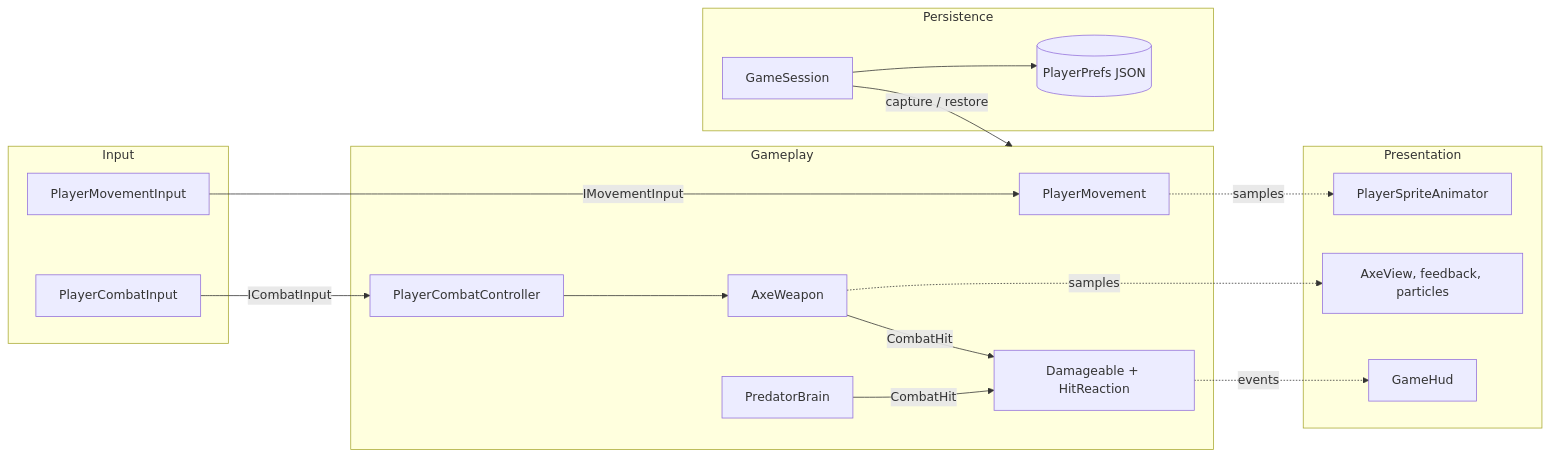
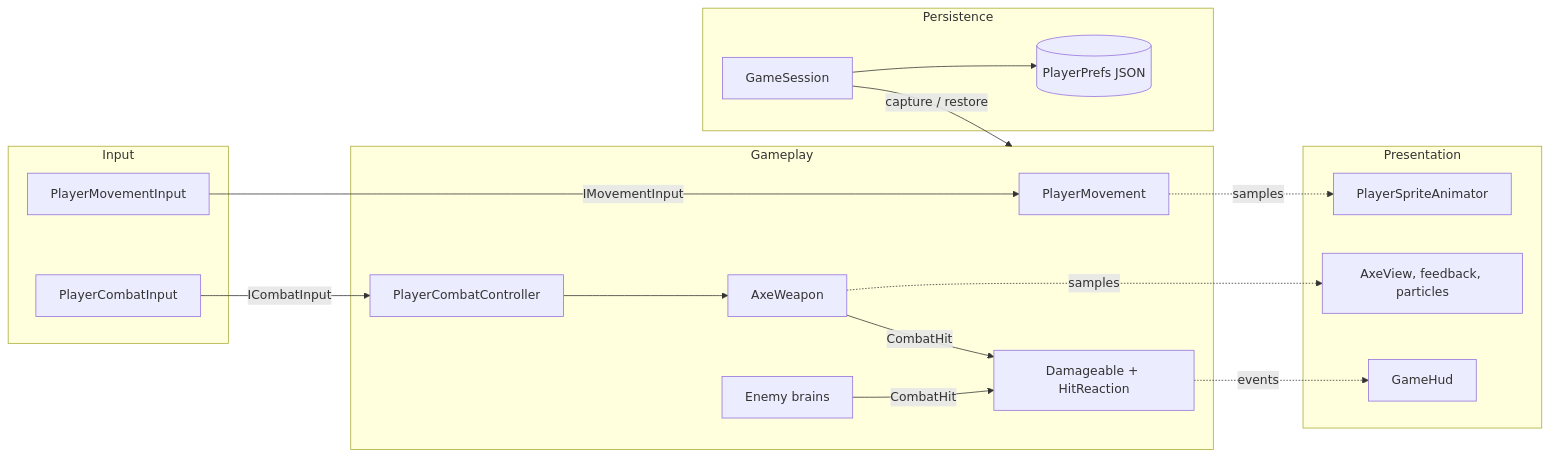
Before and after one commit to Ronno7/RoadOfTheOldKing: the first of 5 diagrams in Docs/SystemsOverview.md, drawn with Mermaid. The commit also changed other lines of this file and 48 other files, not shown here.

````diff
--- a/Docs/SystemsOverview.md
+++ b/Docs/SystemsOverview.md
@@ -15,33 +13,33 @@
 ```mermaid
 flowchart LR
   subgraph Input
     MI[PlayerMovementInput]
     CI[PlayerCombatInput]
   end
   subgraph Gameplay
     PM[PlayerMovement]
     PC[PlayerCombatController]
     AW[AxeWeapon]
     HP["Damageable + HitReaction"]
-    EN[PredatorBrain]
+    EN[Enemy brains]
   end
   subgraph Presentation
     AN[PlayerSpriteAnimator]
     FX["AxeView, feedback, particles"]
     HUD[GameHud]
   end
   subgraph Persistence
     CS[GameSession]
     ST[("PlayerPrefs JSON")]
   end
   MI -->|IMovementInput| PM
   CI -->|ICombatInput| PC
   PC --> AW
   AW -->|CombatHit| HP
   EN -->|CombatHit| HP
   PM -.->|samples| AN
   AW -.->|samples| FX
   HP -.->|events| HUD
   CS -->|"capture / restore"| Gameplay
   CS --> ST
 ```
````
